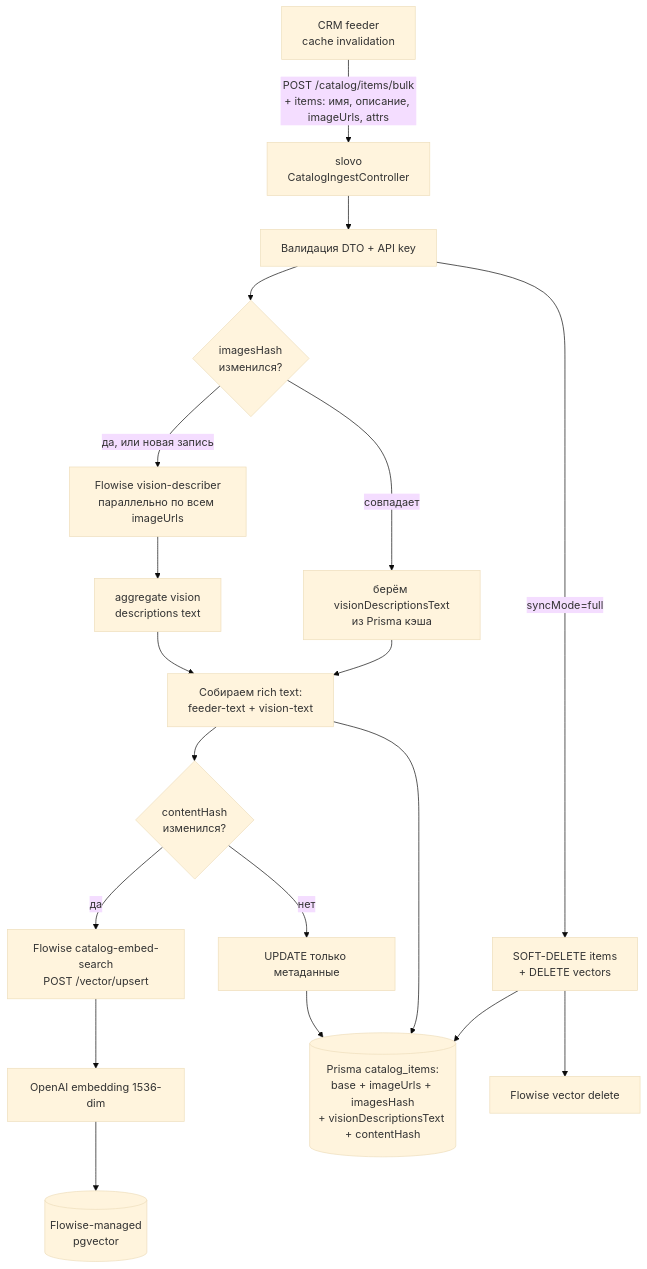
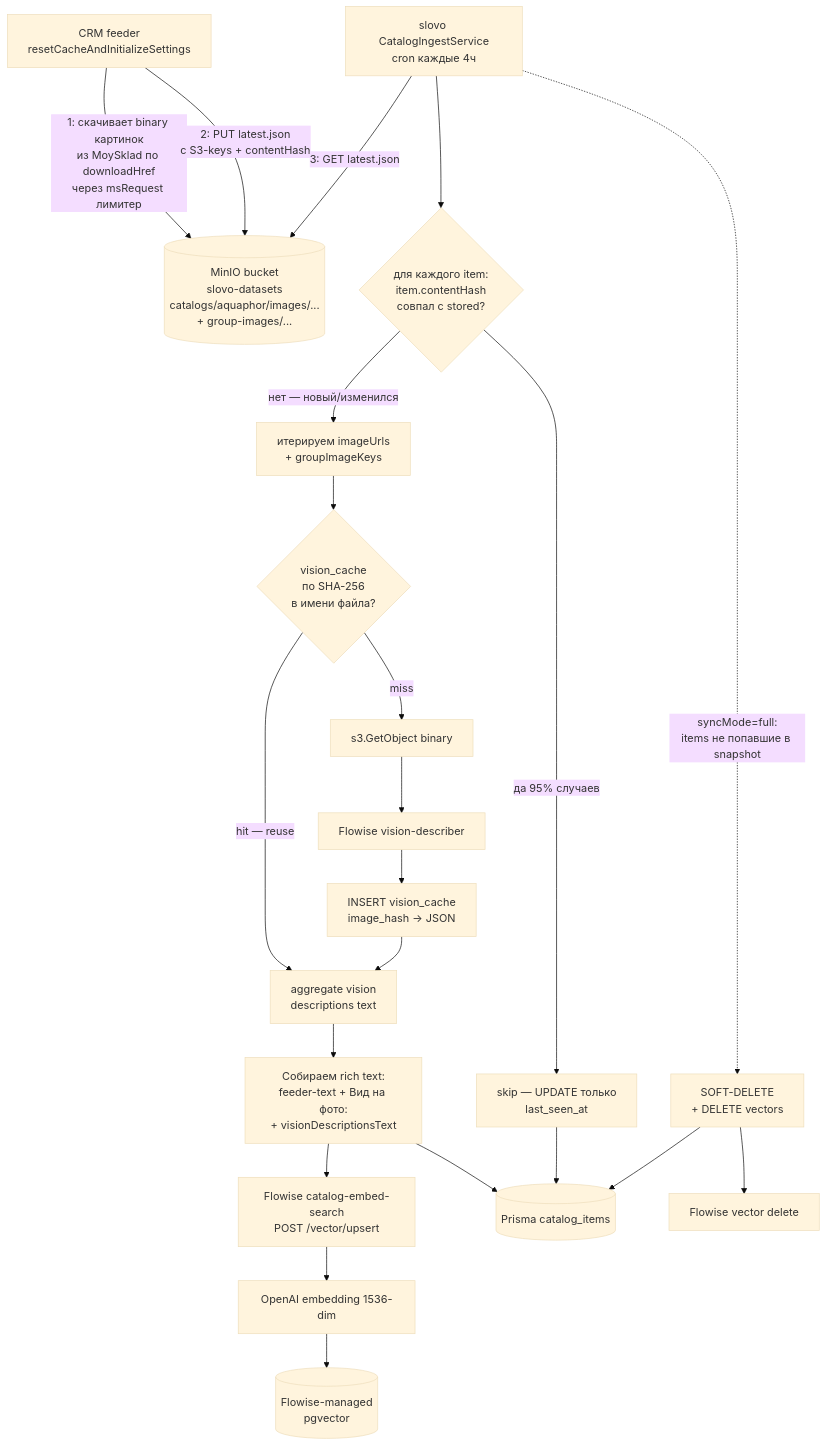
Before and after one commit to Pelmenya/slovo: the first of 6 diagrams in docs/features/vision-catalog-search.md, drawn with Mermaid (base theme). The commit also changed other lines of this file, not shown here.

First line of the commit message:
docs(vision): синк с реальным CRM-контрактом — file-based pull, S3-keys, contentHash

````diff
--- a/docs/features/vision-catalog-search.md
+++ b/docs/features/vision-catalog-search.md
@@ -142,25 +146,29 @@
 ```mermaid
 flowchart TB
-    FEEDER[CRM feeder<br/>cache invalidation] -->|POST /catalog/items/bulk<br/>+ items: имя, описание, imageUrls, attrs| API[slovo<br/>CatalogIngestController]
-    API --> VALIDATE[Валидация DTO + API key]
+    CRM[CRM feeder<br/>resetCacheAndInitializeSettings] -->|1: скачивает binary картинок<br/>из MoySklad по downloadHref<br/>через msRequest лимитер| MINIO[(MinIO bucket<br/>slovo-datasets<br/>catalogs/aquaphor/images/...<br/>+ group-images/...)]
+    CRM -->|2: PUT latest.json<br/>с S3-keys + contentHash| MINIO
+    SLOVO[slovo CatalogIngestService<br/>cron каждые 4ч] -->|3: GET latest.json| MINIO
 
-    VALIDATE --> IMGDIFF{imagesHash<br/>изменился?}
-    IMGDIFF -->|да, или новая запись| FWVIS[Flowise vision-describer<br/>параллельно по всем imageUrls]
-    FWVIS --> AGG[aggregate vision<br/>descriptions text]
-    AGG --> RICH[Собираем rich text:<br/>feeder-text + vision-text]
-    IMGDIFF -->|совпадает| CACHE[берём visionDescriptionsText<br/>из Prisma кэша]
-    CACHE --> RICH
+    SLOVO --> ITERATE{для каждого item:<br/>item.contentHash<br/>совпал с stored?}
+    ITERATE -->|да 95% случаев| SKIP[skip — UPDATE только<br/>last_seen_at]
 
-    RICH --> CHDIFF{contentHash<br/>изменился?}
-    CHDIFF -->|да| FWUP[Flowise catalog-embed-search<br/>POST /vector/upsert]
+    ITERATE -->|нет — новый/изменился| IMGITER[итерируем imageUrls<br/>+ groupImageKeys]
+    IMGITER --> IMGCACHE{vision_cache<br/>по SHA-256<br/>в имени файла?}
+    IMGCACHE -->|hit — reuse| AGG[aggregate vision<br/>descriptions text]
+    IMGCACHE -->|miss| READS3[s3.GetObject binary]
+    READS3 --> FWVIS[Flowise vision-describer]
+    FWVIS --> CACHE_PUT[INSERT vision_cache<br/>image_hash → JSON]
+    CACHE_PUT --> AGG
+
+    AGG --> RICH[Собираем rich text:<br/>feeder-text + Вид на фото:<br/>+ visionDescriptionsText]
+    RICH --> FWUP[Flowise catalog-embed-search<br/>POST /vector/upsert]
     FWUP --> EMBED[OpenAI embedding 1536-dim]
     EMBED --> VSTORE[(Flowise-managed<br/>pgvector)]
-    CHDIFF -->|нет| META_ONLY[UPDATE только метаданные]
 
-    RICH --> META_DB[(Prisma catalog_items:<br/>base + imageUrls + imagesHash<br/>+ visionDescriptionsText + contentHash)]
-    META_ONLY --> META_DB
+    RICH --> META_DB[(Prisma catalog_items)]
+    SKIP --> META_DB
 
-    VALIDATE -->|syncMode=full| GC[SOFT-DELETE items<br/>+ DELETE vectors]
+    SLOVO -.->|syncMode=full:<br/>items не попавшие в snapshot| GC[SOFT-DELETE<br/>+ DELETE vectors]
     GC --> META_DB
     GC --> FWDEL[Flowise vector delete]
 ```
````
